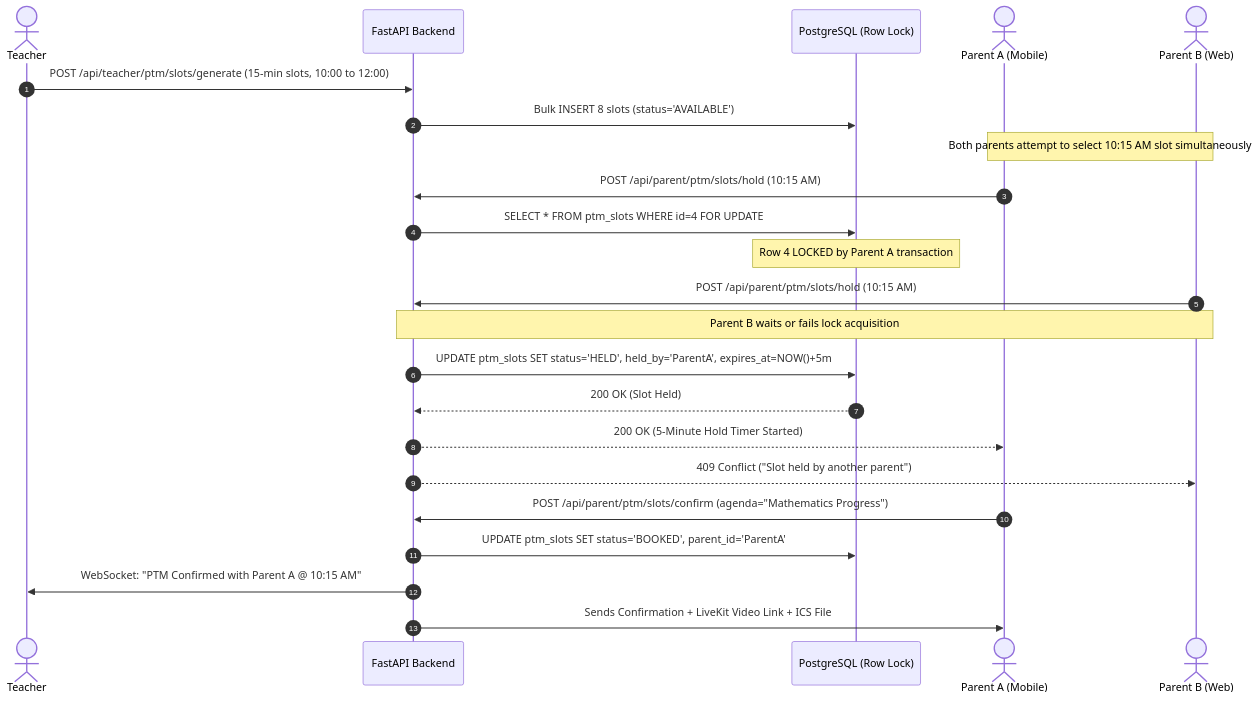
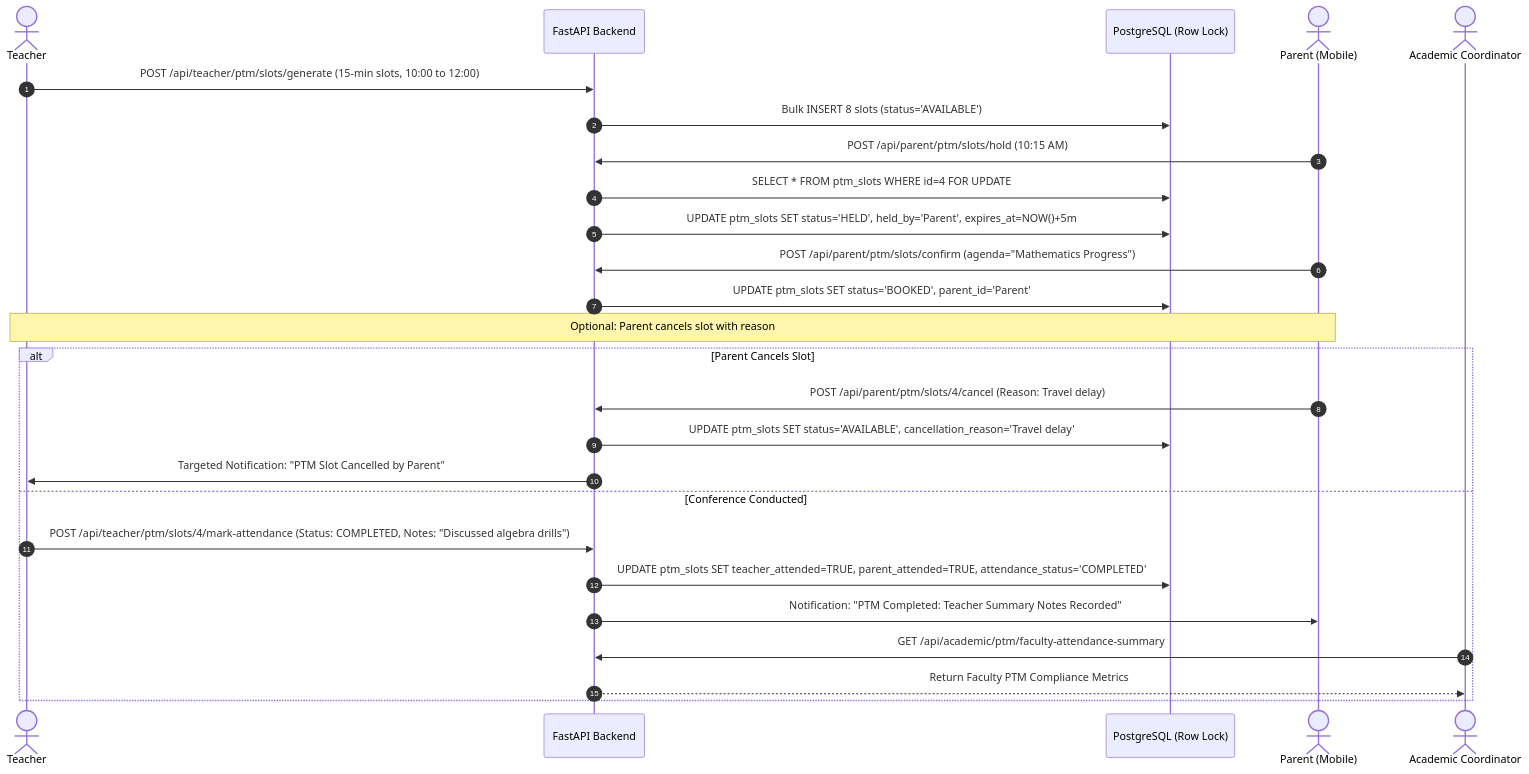
The third of 9 diagrams in docs/prd/PRD.md (DiradzProducts/EDU360), drawn with Mermaid before and after one commit. The commit also changed other lines of this file and 67 other files, not shown here.

````diff
--- a/docs/prd/PRD.md
+++ b/docs/prd/PRD.md
@@ -239,26 +266,29 @@
 ```mermaid
 sequenceDiagram
     autonumber
     actor Teacher as Teacher
     participant API as FastAPI Backend
     participant DB as PostgreSQL (Row Lock)
-    actor ParentA as Parent A (Mobile)
-    actor ParentB as Parent B (Web)
+    actor Parent as Parent (Mobile)
+    actor Acad as Academic Coordinator
 
     Teacher->>API: POST /api/teacher/ptm/slots/generate (15-min slots, 10:00 to 12:00)
     API->>DB: Bulk INSERT 8 slots (status='AVAILABLE')
-    Note over ParentA,ParentB: Both parents attempt to select 10:15 AM slot simultaneously
-    ParentA->>API: POST /api/parent/ptm/slots/hold (10:15 AM)
+    Parent->>API: POST /api/parent/ptm/slots/hold (10:15 AM)
     API->>DB: SELECT * FROM ptm_slots WHERE id=4 FOR UPDATE
-    Note over DB: Row 4 LOCKED by Parent A transaction
-    ParentB->>API: POST /api/parent/ptm/slots/hold (10:15 AM)
-    Note over API,ParentB: Parent B waits or fails lock acquisition
-    API->>DB: UPDATE ptm_slots SET status='HELD', held_by='ParentA', expires_at=NOW()+5m
-    DB-->>API: 200 OK (Slot Held)
-    API-->>ParentA: 200 OK (5-Minute Hold Timer Started)
-    API-->>ParentB: 409 Conflict ("Slot held by another parent")
-    ParentA->>API: POST /api/parent/ptm/slots/confirm (agenda="Mathematics Progress")
-    API->>DB: UPDATE ptm_slots SET status='BOOKED', parent_id='ParentA'
-    API->>Teacher: WebSocket: "PTM Confirmed with Parent A @ 10:15 AM"
-    API->>ParentA: Sends Confirmation + LiveKit Video Link + ICS File
+    API->>DB: UPDATE ptm_slots SET status='HELD', held_by='Parent', expires_at=NOW()+5m
+    Parent->>API: POST /api/parent/ptm/slots/confirm (agenda="Mathematics Progress")
+    API->>DB: UPDATE ptm_slots SET status='BOOKED', parent_id='Parent'
+    Note over Parent,Teacher: Optional: Parent cancels slot with reason
+    alt Parent Cancels Slot
+        Parent->>API: POST /api/parent/ptm/slots/4/cancel (Reason: Travel delay)
+        API->>DB: UPDATE ptm_slots SET status='AVAILABLE', cancellation_reason='Travel delay'
+        API->>Teacher: Targeted Notification: "PTM Slot Cancelled by Parent"
+    else Conference Conducted
+        Teacher->>API: POST /api/teacher/ptm/slots/4/mark-attendance (Status: COMPLETED, Notes: "Discussed algebra drills")
+        API->>DB: UPDATE ptm_slots SET teacher_attended=TRUE, parent_attended=TRUE, attendance_status='COMPLETED'
+        API->>Parent: Notification: "PTM Completed: Teacher Summary Notes Recorded"
+        Acad->>API: GET /api/academic/ptm/faculty-attendance-summary
+        API-->>Acad: Return Faculty PTM Compliance Metrics
+    end
 ```
````
